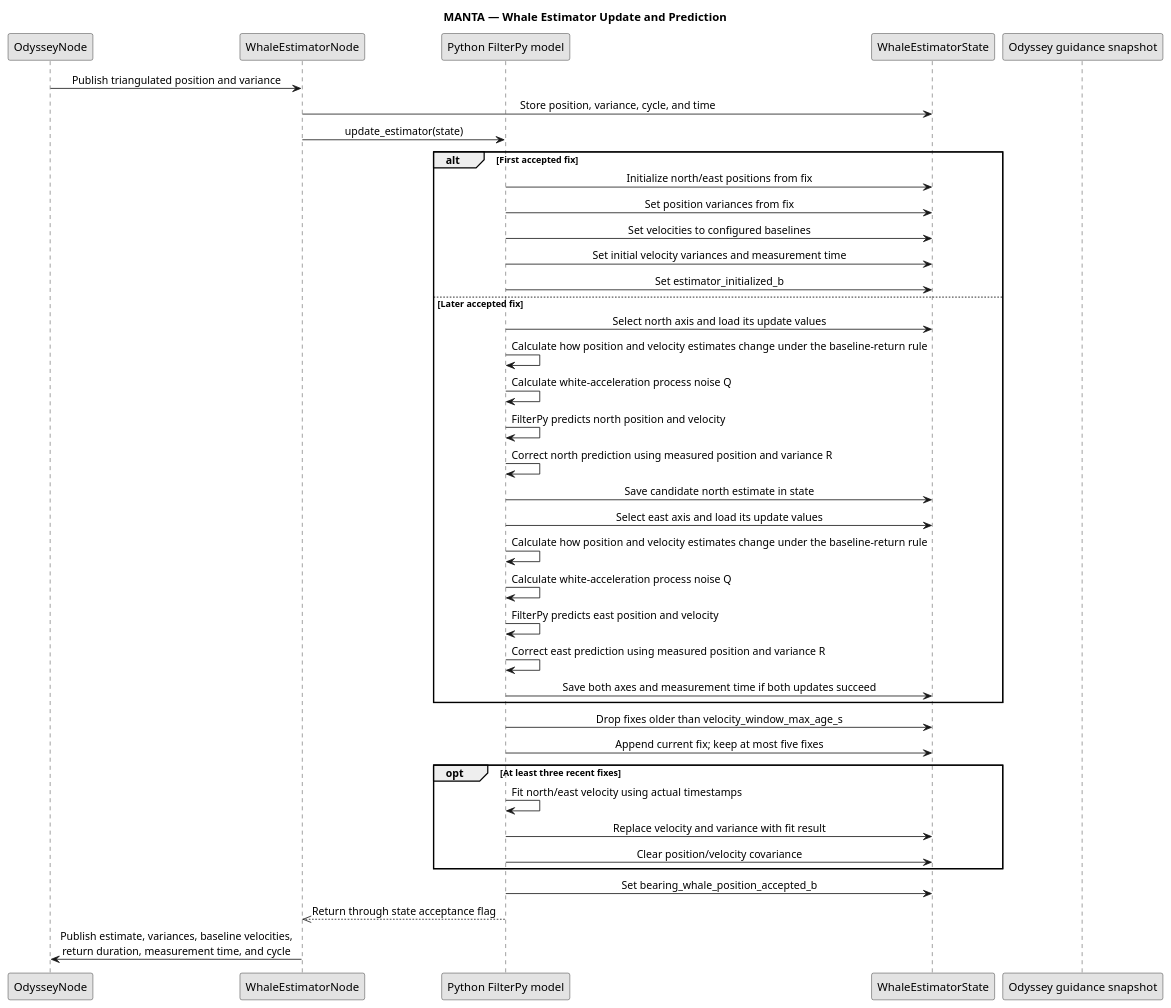
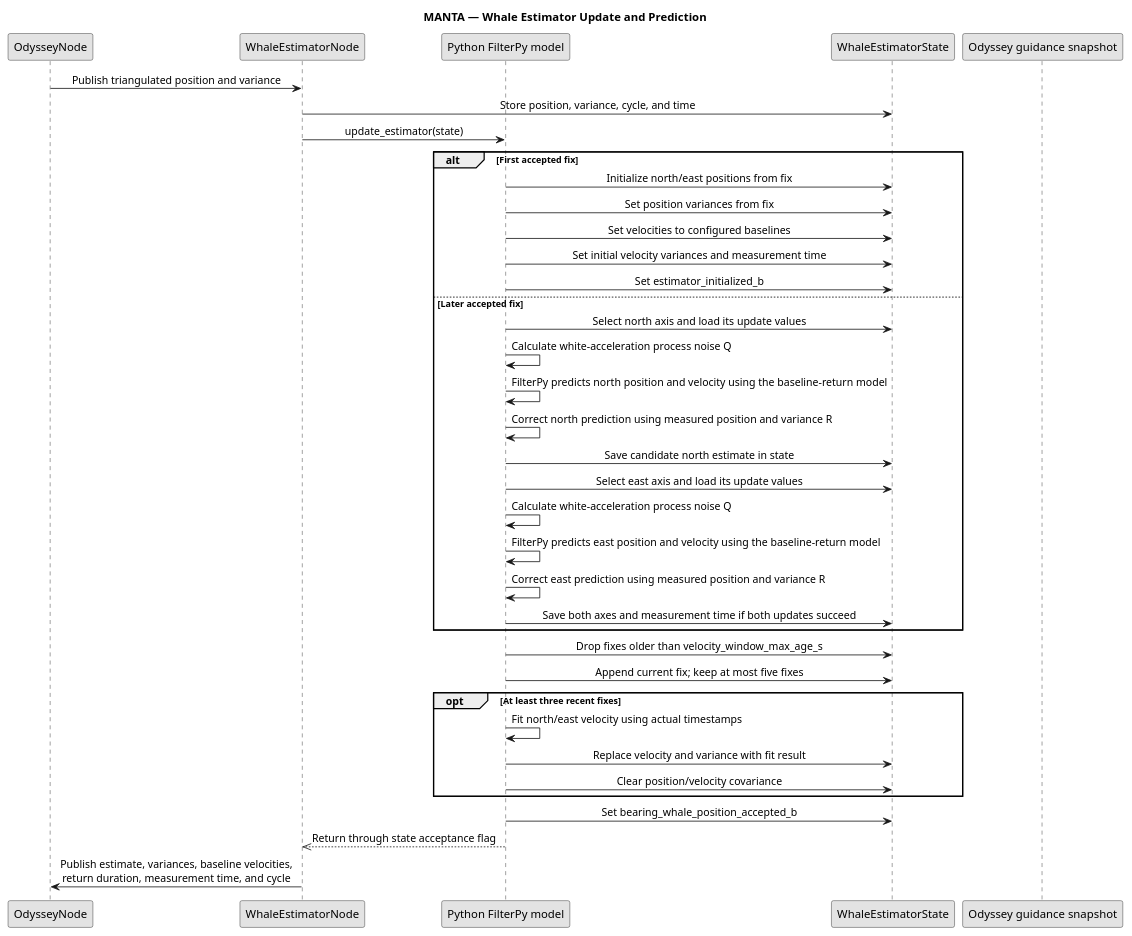
One commit to Tebcherani/MANTA changed the diagram in components/manta_whale_estimator/docs/whale_estimator_sequence.puml. Above: the diagram before and after it, drawn with PlantUML.

```diff
--- a/components/manta_whale_estimator/docs/whale_estimator_sequence.puml
+++ b/components/manta_whale_estimator/docs/whale_estimator_sequence.puml
@@ -1,49 +1,47 @@
 @startuml
 title MANTA — Whale Estimator Update and Prediction
 
 skinparam monochrome true
 skinparam shadowing false
 skinparam sequenceMessageAlign center
 skinparam responseMessageBelowArrow true
 
 participant "OdysseyNode" as Odyssey
 participant "WhaleEstimatorNode" as RosEstimator
 participant "Python FilterPy model" as Estimator
 participant "WhaleEstimatorState" as State
 participant "Odyssey guidance snapshot" as Cached
 
 Odyssey -> RosEstimator : Publish triangulated position and variance
 RosEstimator -> State : Store position, variance, cycle, and time
 RosEstimator -> Estimator : update_estimator(state)
 alt First accepted fix
     Estimator -> State : Initialize north/east positions from fix
     Estimator -> State : Set position variances from fix
     Estimator -> State : Set velocities to configured baselines
     Estimator -> State : Set initial velocity variances and measurement time
     Estimator -> State : Set estimator_initialized_b
 else Later accepted fix
     Estimator -> State : Select north axis and load its update values
-    Estimator -> Estimator : Calculate how position and velocity estimates change under the baseline-return rule
     Estimator -> Estimator : Calculate white-acceleration process noise Q
-    Estimator -> Estimator : FilterPy predicts north position and velocity
+    Estimator -> Estimator : FilterPy predicts north position and velocity using the baseline-return model
     Estimator -> Estimator : Correct north prediction using measured position and variance R
     Estimator -> State : Save candidate north estimate in state
     Estimator -> State : Select east axis and load its update values
-    Estimator -> Estimator : Calculate how position and velocity estimates change under the baseline-return rule
     Estimator -> Estimator : Calculate white-acceleration process noise Q
-    Estimator -> Estimator : FilterPy predicts east position and velocity
+    Estimator -> Estimator : FilterPy predicts east position and velocity using the baseline-return model
     Estimator -> Estimator : Correct east prediction using measured position and variance R
     Estimator -> State : Save both axes and measurement time if both updates succeed
 end
 Estimator -> State : Drop fixes older than velocity_window_max_age_s
 Estimator -> State : Append current fix; keep at most five fixes
 opt At least three recent fixes
     Estimator -> Estimator : Fit north/east velocity using actual timestamps
     Estimator -> State : Replace velocity and variance with fit result
     Estimator -> State : Clear position/velocity covariance
 end
 Estimator -> State : Set bearing_whale_position_accepted_b
 Estimator -->> RosEstimator : Return through state acceptance flag
 RosEstimator -> Odyssey : Publish estimate, variances, baseline velocities,\nreturn duration, measurement time, and cycle
 
 @enduml
```
